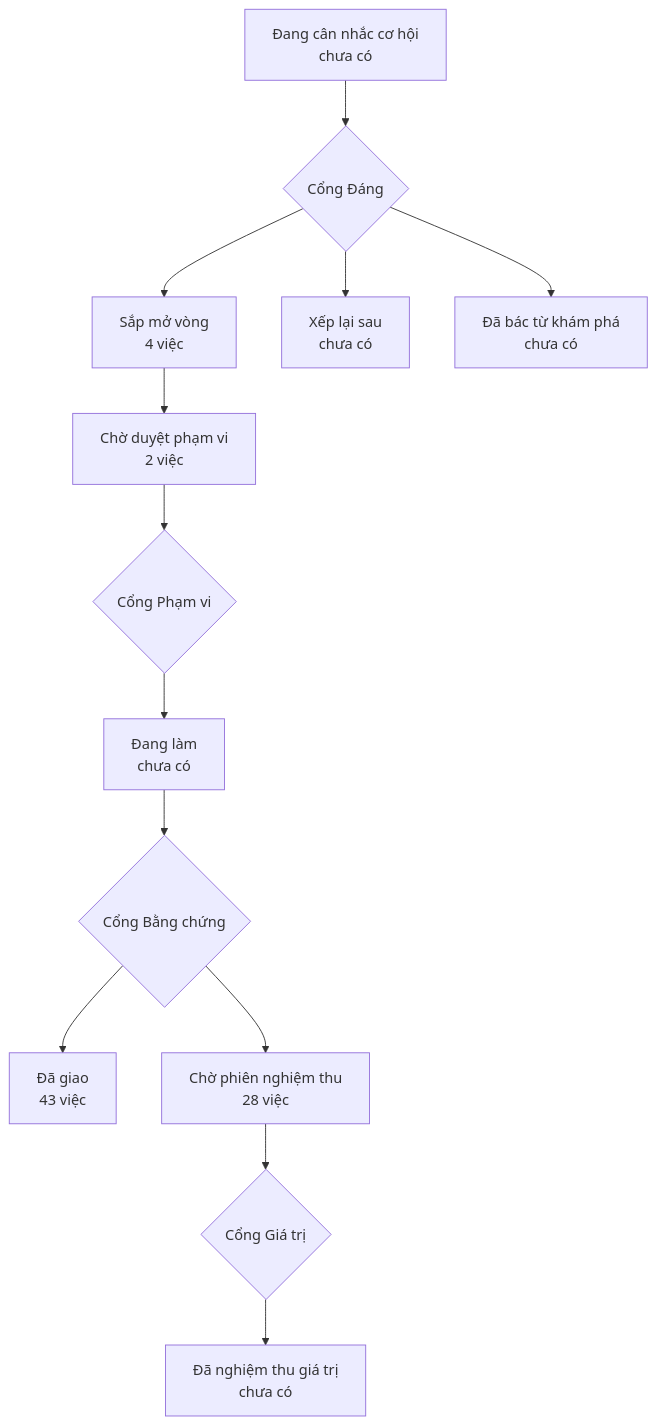
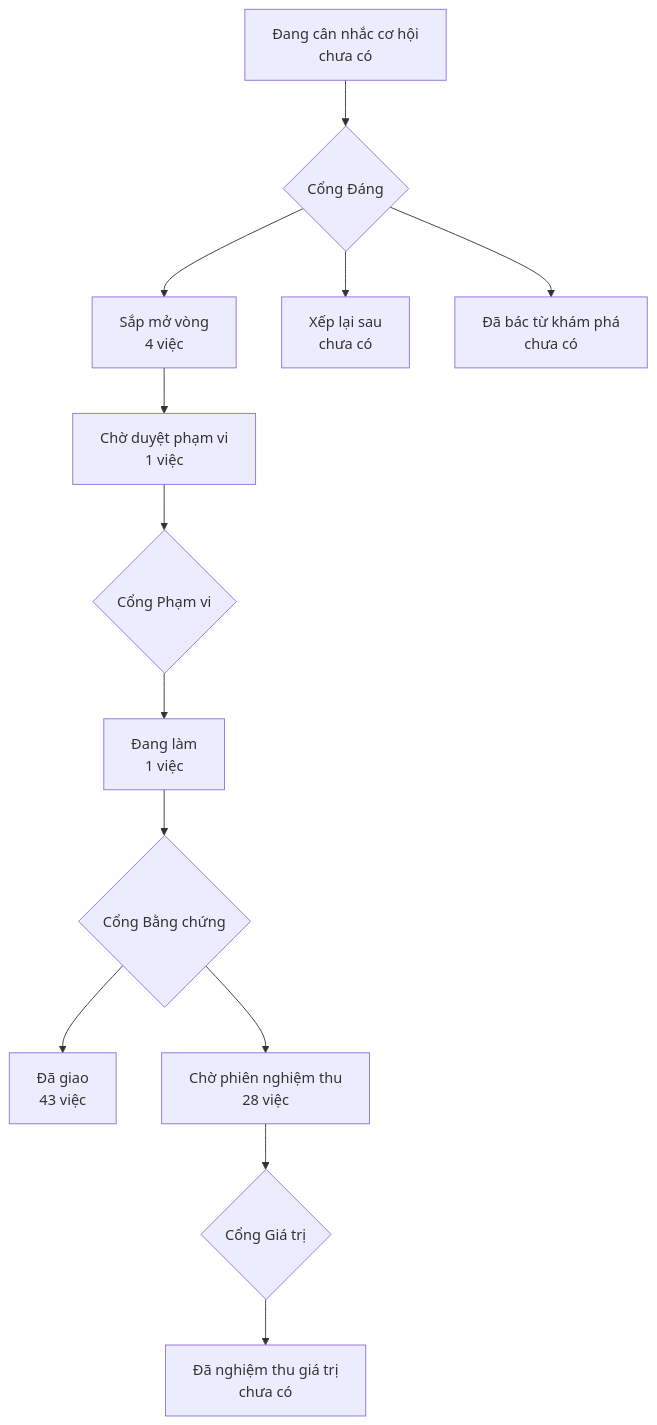
Before and after one commit to phanlemanh/onehub-invest: the diagram in PRODUCT-MAP.md, drawn with Mermaid. The commit also changed other lines of this file and 3 other files, not shown here.

Commit message:
Gate 1: ci-test-module — Mạnh duyệt phạm vi (Hỏi-1…4 theo khuyến nghị)

````diff
--- a/PRODUCT-MAP.md
+++ b/PRODUCT-MAP.md
@@ -7,12 +7,12 @@
 ```mermaid
 flowchart TD
   A["Đang cân nhắc cơ hội<br/>chưa có"] --> GD{"Cổng Đáng"}
   GD --> B["Sắp mở vòng<br/>4 việc"]
   GD --> XL["Xếp lại sau<br/>chưa có"]
   GD --> DB["Đã bác từ khám phá<br/>chưa có"]
-  B --> CD["Chờ duyệt phạm vi<br/>2 việc"] --> GP{"Cổng Phạm vi"}
-  GP --> DL["Đang làm<br/>chưa có"] --> GB{"Cổng Bằng chứng"}
+  B --> CD["Chờ duyệt phạm vi<br/>1 việc"] --> GP{"Cổng Phạm vi"}
+  GP --> DL["Đang làm<br/>1 việc"] --> GB{"Cổng Bằng chứng"}
   GB --> DG["Đã giao<br/>43 việc"]
   GB --> CN["Chờ phiên nghiệm thu<br/>28 việc"] --> GG{"Cổng Giá trị"}
   GG --> NT["Đã nghiệm thu giá trị<br/>chưa có"]
 ```
````
